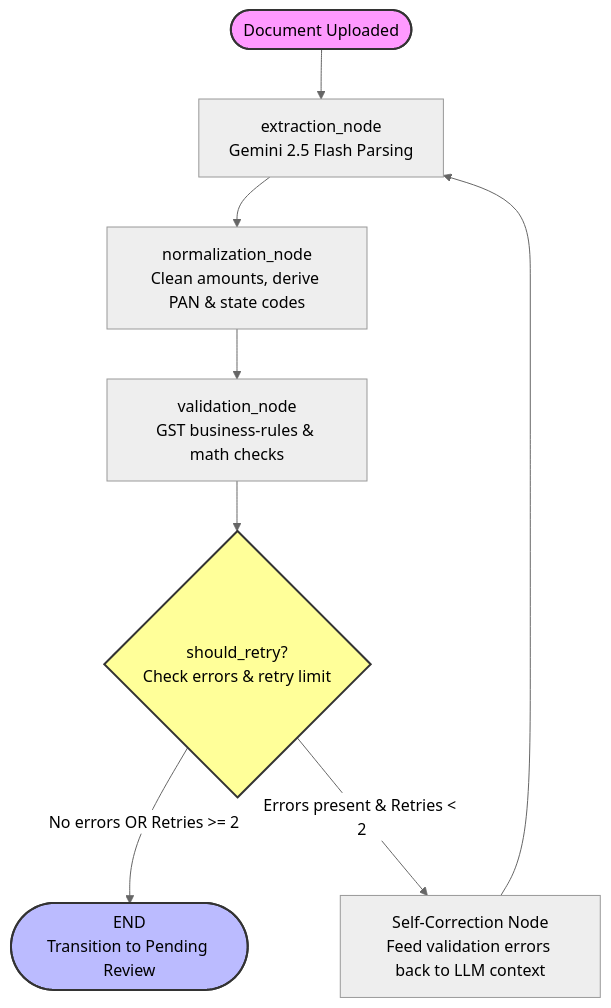
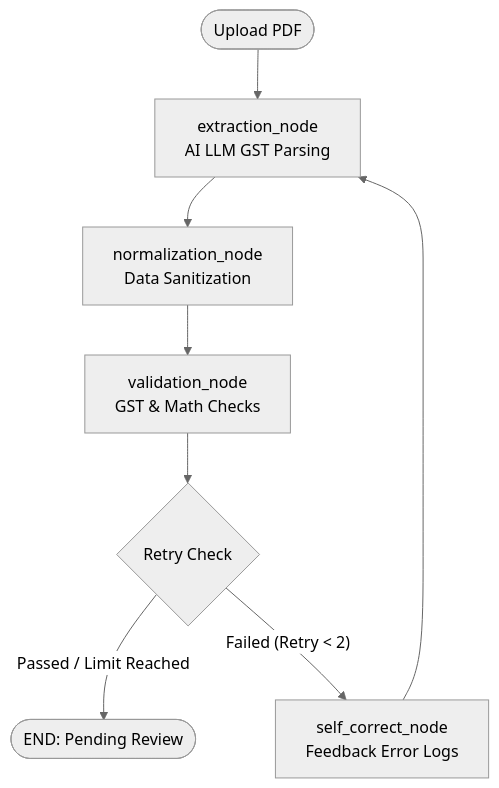
Before and after one commit to surjeetprj/invoice-automation: the diagram in README.md, drawn with Mermaid (neutral theme).

Commit message:
Docs: Optimize Mermaid flowchart node labels and styling contrast in README

````diff
--- a/README.md
+++ b/README.md
@@ -19,14 +19,10 @@
 ```mermaid
 graph TD
-    Start([Document Uploaded]) --> Extract[extraction_node<br>Gemini 2.5 Flash Parsing]
-    Extract --> Normalize[normalization_node<br>Clean amounts, derive PAN & state codes]
-    Normalize --> Validate[validation_node<br>GST business-rules & math checks]
-    Validate --> Condition{should_retry?<br>Check errors & retry limit}
-    Condition -- "No errors OR Retries >= 2" --> End([END<br>Transition to Pending Review])
-    Condition -- "Errors present & Retries < 2" --> Retry[Self-Correction Node<br>Feed validation errors back to LLM context]
+    Start([Upload PDF]) --> Extract[extraction_node<br>AI LLM GST Parsing]
+    Extract --> Normalize[normalization_node<br>Data Sanitization]
+    Normalize --> Validate[validation_node<br>GST & Math Checks]
+    Validate --> Condition{Retry Check}
+    Condition -- "Passed / Limit Reached" --> End([END: Pending Review])
+    Condition -- "Failed (Retry < 2)" --> Retry[self_correct_node<br>Feedback Error Logs]
     Retry --> Extract
-
-    style Start fill:#f9f,stroke:#333,stroke-width:2px
-    style End fill:#bbf,stroke:#333,stroke-width:2px
-    style Condition fill:#ff9,stroke:#333,stroke-width:2px
 ```
````
